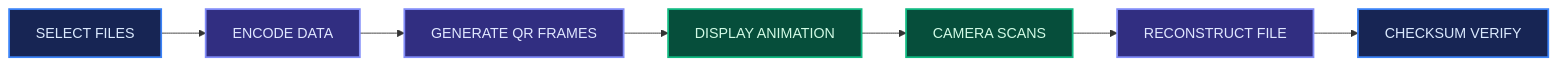
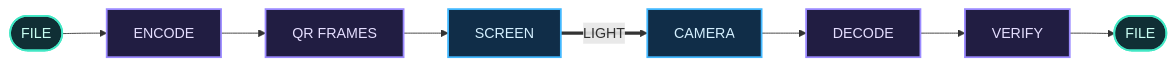
One commit to enzoceon/offdrop changed the first of 2 diagrams in README.md. Above: the diagram before and after it, drawn with Mermaid. The commit also changed other lines of this file, not shown here.

````diff
--- a/README.md
+++ b/README.md
@@ -40,18 +46,19 @@
 ```mermaid
 flowchart LR
-    A["SELECT FILES"] --> B["ENCODE DATA"]
-    B --> C["GENERATE QR FRAMES"]
-    C --> D["DISPLAY ANIMATION"]
-    D --> E["CAMERA SCANS"]
-    E --> F["RECONSTRUCT FILE"]
-    F --> G["CHECKSUM VERIFY"]
+    A(["FILE"]) --> B["ENCODE"]
+    B --> C["QR FRAMES"]
+    C --> D["SCREEN"]
+    D == "LIGHT" ==> E["CAMERA"]
+    E --> F["DECODE"]
+    F --> G["VERIFY"]
+    G --> H(["FILE"])
 
-    classDef input fill:#172554,stroke:#3B82F6,color:#DBEAFE,stroke-width:2px
-    classDef process fill:#312E81,stroke:#818CF8,color:#E0E7FF,stroke-width:2px
-    classDef transfer fill:#064E3B,stroke:#10B981,color:#D1FAE5,stroke-width:2px
-    classDef output fill:#78350F,stroke:#F59E0B,color:#FEF3C7,stroke-width:2px
+    classDef source fill:#102F35,stroke:#42E8C5,color:#C9FFF3,stroke-width:2px
+    classDef process fill:#211D42,stroke:#9B8AFF,color:#E5DEFF,stroke-width:2px
+    classDef optical fill:#102D48,stroke:#42B8FF,color:#D4F0FF,stroke-width:2px
+    classDef result fill:#3B2916,stroke:#FFB45B,color:#FFE5C1,stroke-width:2px
 
-    class A,G input
-    class B,C,F process
-    class D,E transfer
+    class A,H source
+    class B,C,F,G process
+    class D,E optical
 ```
````
